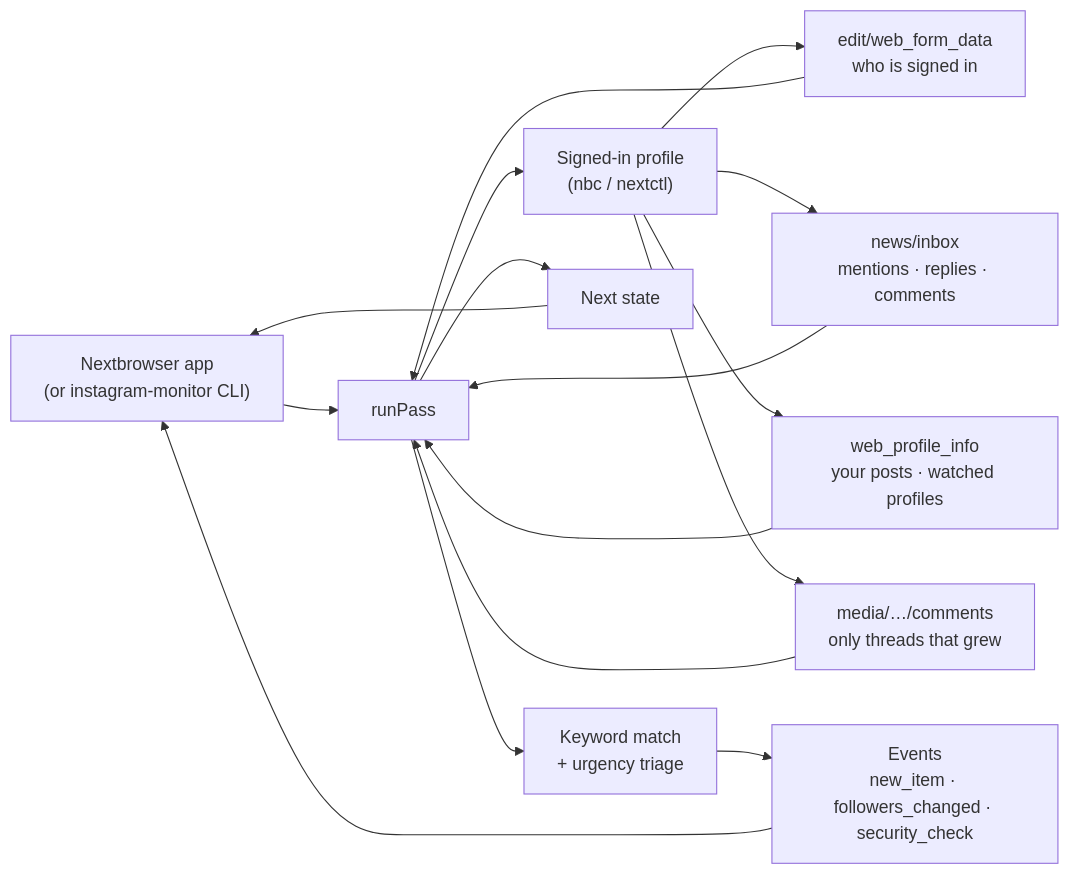
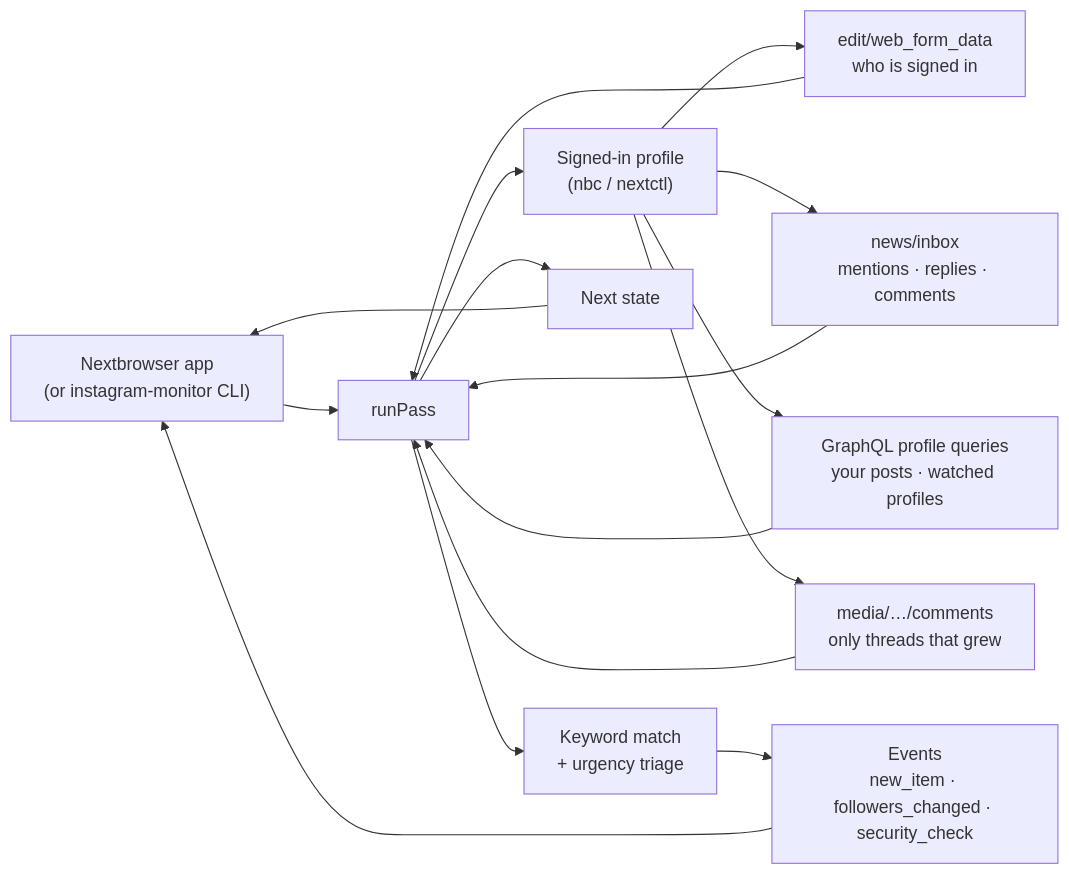
Before and after one commit to nextbrowser-oss/nextbrowser-instagram-monitoring: the diagram in README.md, drawn with Mermaid. The commit also changed 7 other files, not shown here.

First line of the commit message:
fix: read profiles and tagged posts through Instagram's GraphQL queries

````diff
--- a/README.md
+++ b/README.md
@@ -159,18 +159,18 @@
 ```mermaid
 flowchart LR
   App["Nextbrowser app<br/>(or instagram-monitor CLI)"] --> Pass["runPass"]
   Pass --> Browser["Signed-in profile<br/>(nbc / nextctl)"]
   Browser --> Me["edit/web_form_data<br/>who is signed in"]
   Browser --> Activity["news/inbox<br/>mentions · replies · comments"]
-  Browser --> Profiles["web_profile_info<br/>your posts · watched profiles"]
+  Browser --> Profiles["GraphQL profile queries<br/>your posts · watched profiles"]
   Browser --> Threads["media/…/comments<br/>only threads that grew"]
   Me --> Pass
   Activity --> Pass
   Profiles --> Pass
   Threads --> Pass
   Pass --> Triage["Keyword match<br/>+ urgency triage"]
   Triage --> Events["Events<br/>new_item · followers_changed · security_check"]
   Pass --> State["Next state"]
   Events --> App
   State --> App
 ```
````
